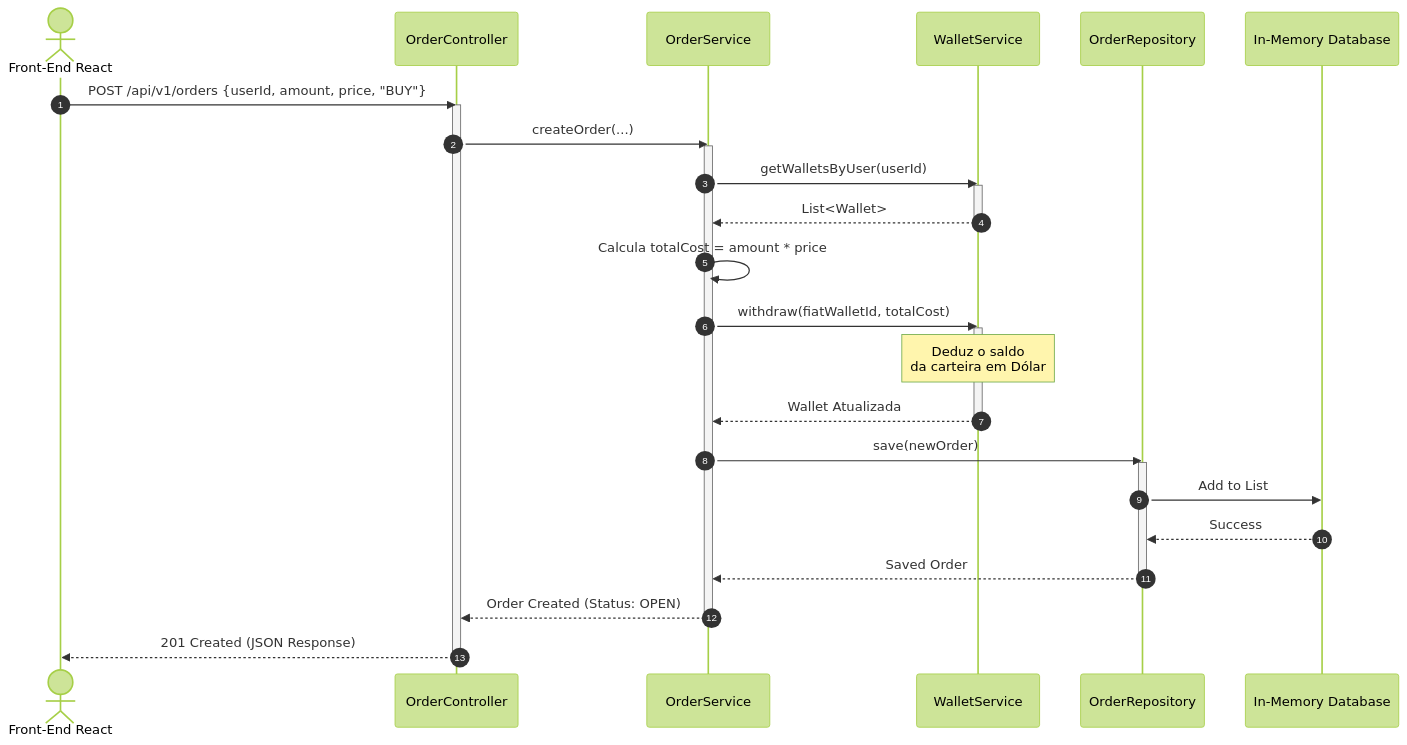
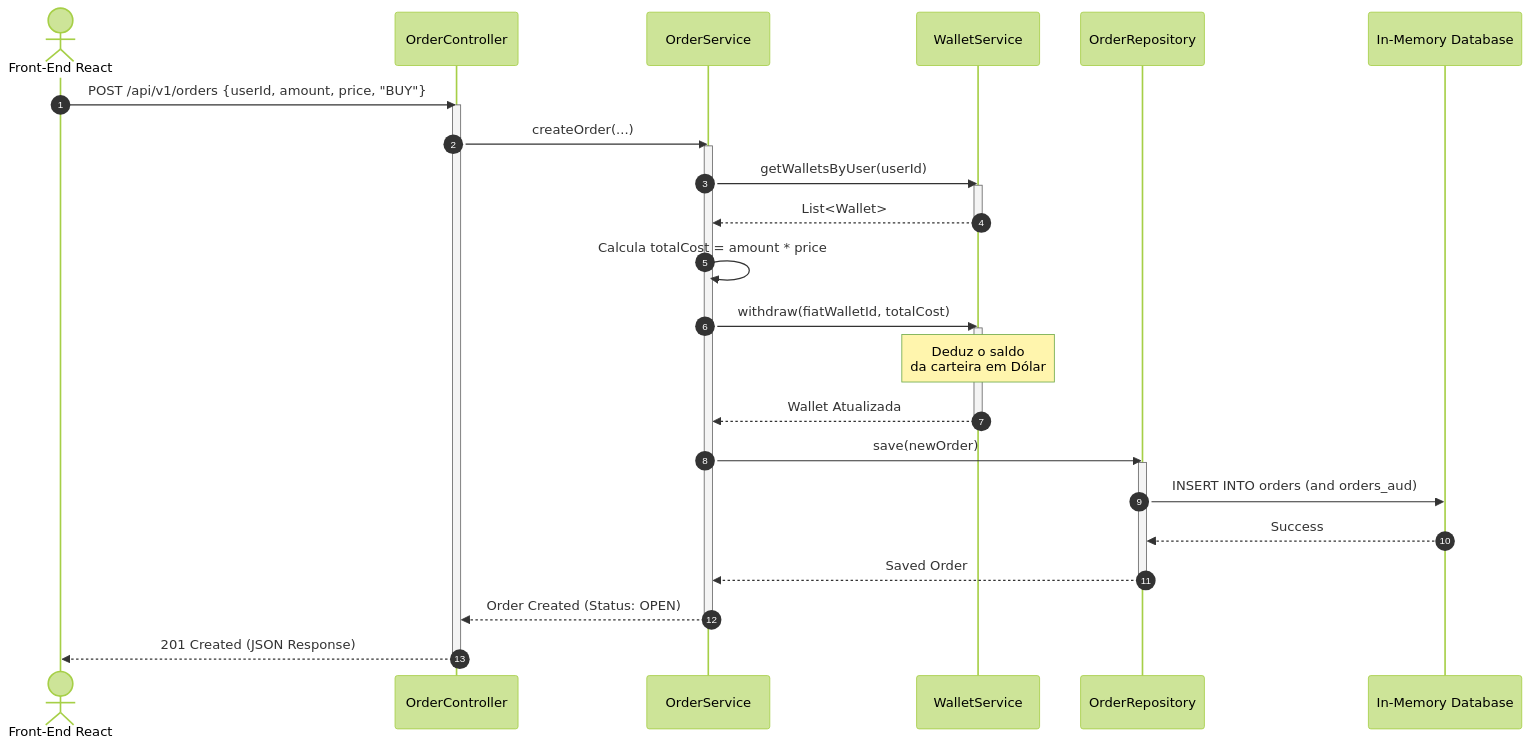
The second of 2 diagrams in README.md (leonardo-muniz/ese-pb-2026), drawn with Mermaid (forest theme) before and after one commit. The commit also changed other lines of this file, not shown here.

Commit message:
docs: update README to reflect changes in persistence strategy and architecture for TP2

````diff
--- a/README.md
+++ b/README.md
@@ -143,41 +148,41 @@
 ```mermaid
 sequenceDiagram
     autonumber
     actor Client as Front-End React
     participant TC as OrderController
     participant TS as OrderService
     participant WS as WalletService
     participant TR as OrderRepository
     participant DB as In-Memory Database
 
     Client->>TC: POST /api/v1/orders {userId, amount, price, "BUY"}
     activate TC
     TC->>TS: createOrder(...)
     activate TS
 
     TS->>WS: getWalletsByUser(userId)
     activate WS
     WS-->>TS: List<Wallet>
     deactivate WS
 
     TS->>TS: Calcula totalCost = amount * price
-    
+
     TS->>WS: withdraw(fiatWalletId, totalCost)
     activate WS
     Note over WS: Deduz o saldo<br/>da carteira em Dólar
     WS-->>TS: Wallet Atualizada
     deactivate WS
 
     TS->>TR: save(newOrder)
     activate TR
-    TR->>DB: Add to List
+    TR->>DB: INSERT INTO orders (and orders_aud)
     DB-->>TR: Success
     TR-->>TS: Saved Order
     deactivate TR
 
     TS-->>TC: Order Created (Status: OPEN)
     deactivate TS
 
     TC-->>Client: 201 Created (JSON Response)
     deactivate TC
 ```
````
